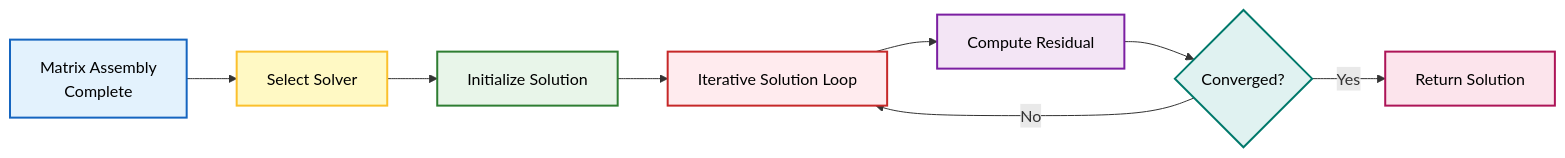
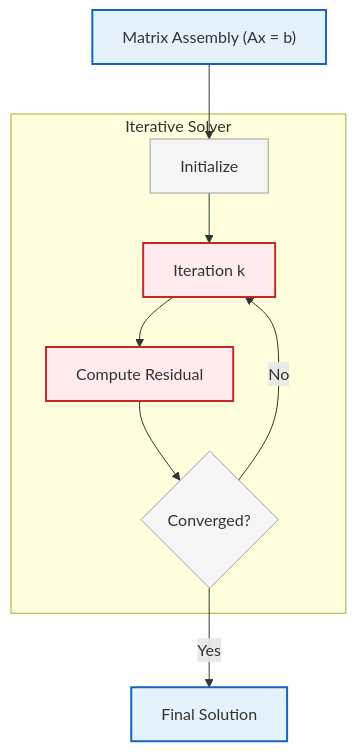
The fourth of 4 diagrams in MODULE_01_CFD_FUNDAMENTALS/CONTENT/02_FINITE_VOLUME_METHOD/05_Matrix_Assembly.md (wramet/build-my-cfd), drawn with Mermaid before and after one commit. The commit also changed other lines of this file and 313 other files, not shown here.

Commit message:
Revise all diagram

````diff
--- a/MODULE_01_CFD_FUNDAMENTALS/CONTENT/02_FINITE_VOLUME_METHOD/05_Matrix_Assembly.md
+++ b/MODULE_01_CFD_FUNDAMENTALS/CONTENT/02_FINITE_VOLUME_METHOD/05_Matrix_Assembly.md
@@ -475,18 +409,22 @@
 ```mermaid
-graph LR
-    A["Matrix Assembly<br/>Complete"] --> B["Select Solver"]
-    B --> C["Initialize Solution"]
-    C --> D["Iterative Solution Loop"]
-    D --> E["Compute Residual"]
-    E --> F{"Converged?"}
-    F -- No --> D
-    F -- Yes --> G["Return Solution"]
+graph TD
+%% Layout: Linear process loop
+Assembly["Matrix Assembly (Ax = b)"]:::implicit
+subgraph SolverLoop["Iterative Solver"]
+    Init["Initialize"]:::context
+    Iter["Iteration k"]:::explicit
+    ResCalc["Compute Residual"]:::explicit
+    Check{"Converged?"}:::context
+end
+Solution["Final Solution"]:::implicit
 
-    style A fill:#e3f2fd,stroke:#1565c0,stroke-width:2px,color:#000;
-    style B fill:#fff9c4,stroke:#fbc02d,stroke-width:2px,color:#000;
-    style C fill:#e8f5e9,stroke:#2e7d32,stroke-width:2px,color:#000;
-    style D fill:#ffebee,stroke:#c62828,stroke-width:2px,color:#000;
-    style E fill:#f3e5f5,stroke:#7b1fa2,stroke-width:2px,color:#000;
-    style F fill:#e0f2f1,stroke:#00796b,stroke-width:2px,color:#000;
-    style G fill:#fce4ec,stroke:#ad1457,stroke-width:2px,color:#000;
+%% Flow
+Assembly --> Init --> Iter --> ResCalc --> Check
+Check -- No --> Iter
+Check -- Yes --> Solution
+
+%% Classes
+classDef implicit fill:#e3f2fd,stroke:#1565c0,stroke-width:2px
+classDef explicit fill:#ffebee,stroke:#c62828,stroke-width:2px
+classDef context fill:#f5f5f5,stroke:#9e9e9e,stroke-width:1px
 ```
````
